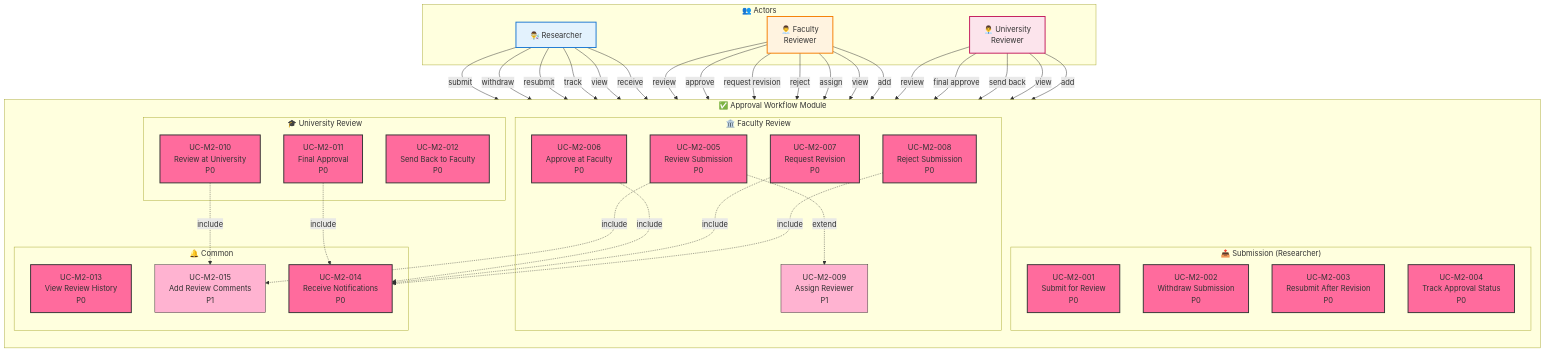
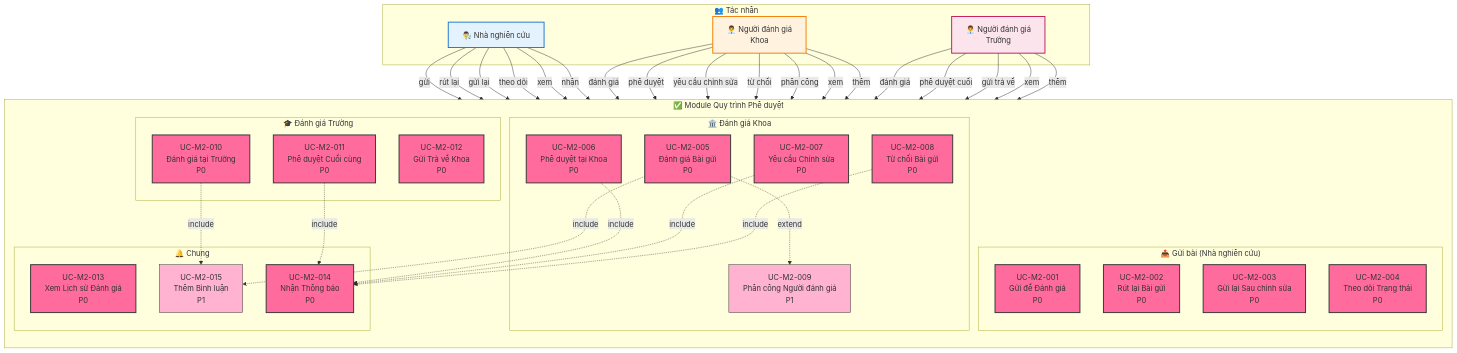
One commit to Ng0cTh4nhk5/ufpms-docs changed the first of 2 diagrams in docs/06_Diagrams/UseCase/module_02_approval.md. Above: the diagram before and after it, drawn with Mermaid. The commit also changed other lines of this file and 70 other files, not shown here.

````diff
--- a/docs/06_Diagrams/UseCase/module_02_approval.md
+++ b/docs/06_Diagrams/UseCase/module_02_approval.md
@@ -27,39 +27,39 @@
 ```mermaid
 graph TB
-    subgraph Actors["👥 Actors"]
-        RES[👨‍🔬 Researcher]
-        FCR[👨‍💼 Faculty<br/>Reviewer]
-        UNR[👨‍💼 University<br/>Reviewer]
+    subgraph Actors["👥 Tác nhân"]
+        RES[👨‍🔬 Nhà nghiên cứu]
+        FCR[👨‍💼 Người đánh giá<br/>Khoa]
+        UNR[👨‍💼 Người đánh giá<br/>Trường]
     end
     
-    subgraph APPROVAL["✅ Approval Workflow Module"]
+    subgraph APPROVAL["✅ Module Quy trình Phê duyệt"]
         direction TB
         
-        subgraph Submission["📤 Submission (Researcher)"]
-            UC1[UC-M2-001<br/>Submit for Review<br/>P0]
-            UC2[UC-M2-002<br/>Withdraw Submission<br/>P0]
-            UC3[UC-M2-003<br/>Resubmit After Revision<br/>P0]
-            UC4[UC-M2-004<br/>Track Approval Status<br/>P0]
+        subgraph Submission["📤 Gửi bài (Nhà nghiên cứu)"]
+            UC1[UC-M2-001<br/>Gửi để Đánh giá<br/>P0]
+            UC2[UC-M2-002<br/>Rút lại Bài gửi<br/>P0]
+            UC3[UC-M2-003<br/>Gửi lại Sau chỉnh sửa<br/>P0]
+            UC4[UC-M2-004<br/>Theo dõi Trạng thái<br/>P0]
         end
         
-        subgraph FacultyReview["🏛️ Faculty Review"]
-            UC5[UC-M2-005<br/>Review Submission<br/>P0]
-            UC6[UC-M2-006<br/>Approve at Faculty<br/>P0]
-            UC7[UC-M2-007<br/>Request Revision<br/>P0]
-            UC8[UC-M2-008<br/>Reject Submission<br/>P0]
-            UC9[UC-M2-009<br/>Assign Reviewer<br/>P1]
+        subgraph FacultyReview["🏛️ Đánh giá Khoa"]
+            UC5[UC-M2-005<br/>Đánh giá Bài gửi<br/>P0]
+            UC6[UC-M2-006<br/>Phê duyệt tại Khoa<br/>P0]
+            UC7[UC-M2-007<br/>Yêu cầu Chỉnh sửa<br/>P0]
+            UC8[UC-M2-008<br/>Từ chối Bài gửi<br/>P0]
+            UC9[UC-M2-009<br/>Phân công Người đánh giá<br/>P1]
         end
         
-        subgraph UniversityReview["🎓 University Review"]
-            UC10[UC-M2-010<br/>Review at University<br/>P0]
-            UC11[UC-M2-011<br/>Final Approval<br/>P0]
-            UC12[UC-M2-012<br/>Send Back to Faculty<br/>P0]
+        subgraph UniversityReview["🎓 Đánh giá Trường"]
+            UC10[UC-M2-010<br/>Đánh giá tại Trường<br/>P0]
+            UC11[UC-M2-011<br/>Phê duyệt Cuối cùng<br/>P0]
+            UC12[UC-M2-012<br/>Gửi Trả về Khoa<br/>P0]
         end
         
-        subgraph Common["🔔 Common"]
-            UC13[UC-M2-013<br/>View Review History<br/>P0]
-            UC14[UC-M2-014<br/>Receive Notifications<br/>P0]
-            UC15[UC-M2-015<br/>Add Review Comments<br/>P1]
+        subgraph Common["🔔 Chung"]
+            UC13[UC-M2-013<br/>Xem Lịch sử Đánh giá<br/>P0]
+            UC14[UC-M2-014<br/>Nhận Thông báo<br/>P0]
+            UC15[UC-M2-015<br/>Thêm Bình luận<br/>P1]
         end
         
         %% Include relationships
@@ -75,28 +75,28 @@
     end
     
     %% Researcher connections
-    RES -->|submit| UC1
-    RES -->|withdraw| UC2
-    RES -->|resubmit| UC3
-    RES -->|track| UC4
-    RES -->|view| UC13
-    RES -->|receive| UC14
+    RES -->|gửi| UC1
+    RES -->|rút lại| UC2
+    RES -->|gửi lại| UC3
+    RES -->|theo dõi| UC4
+    RES -->|xem| UC13
+    RES -->|nhận| UC14
     
     %% Faculty Reviewer connections
-    FCR -->|review| UC5
-    FCR -->|approve| UC6
-    FCR -->|request revision| UC7
-    FCR -->|reject| UC8
-    FCR -->|assign| UC9
-    FCR -->|view| UC13
-    FCR -->|add| UC15
+    FCR -->|đánh giá| UC5
+    FCR -->|phê duyệt| UC6
+    FCR -->|yêu cầu chỉnh sửa| UC7
+    FCR -->|từ chối| UC8
+    FCR -->|phân công| UC9
+    FCR -->|xem| UC13
+    FCR -->|thêm| UC15
     
     %% University Reviewer connections
-    UNR -->|review| UC10
-    UNR -->|final approve| UC11
-    UNR -->|send back| UC12
-    UNR -->|view| UC13  
-    UNR -->|add| UC15
+    UNR -->|đánh giá| UC10
+    UNR -->|phê duyệt cuối| UC11
+    UNR -->|gửi trả về| UC12
+    UNR -->|xem| UC13  
+    UNR -->|thêm| UC15
     
     %% Styling
     style UC1 fill:#ff6b9d,stroke:#333,stroke-width:2px
````
